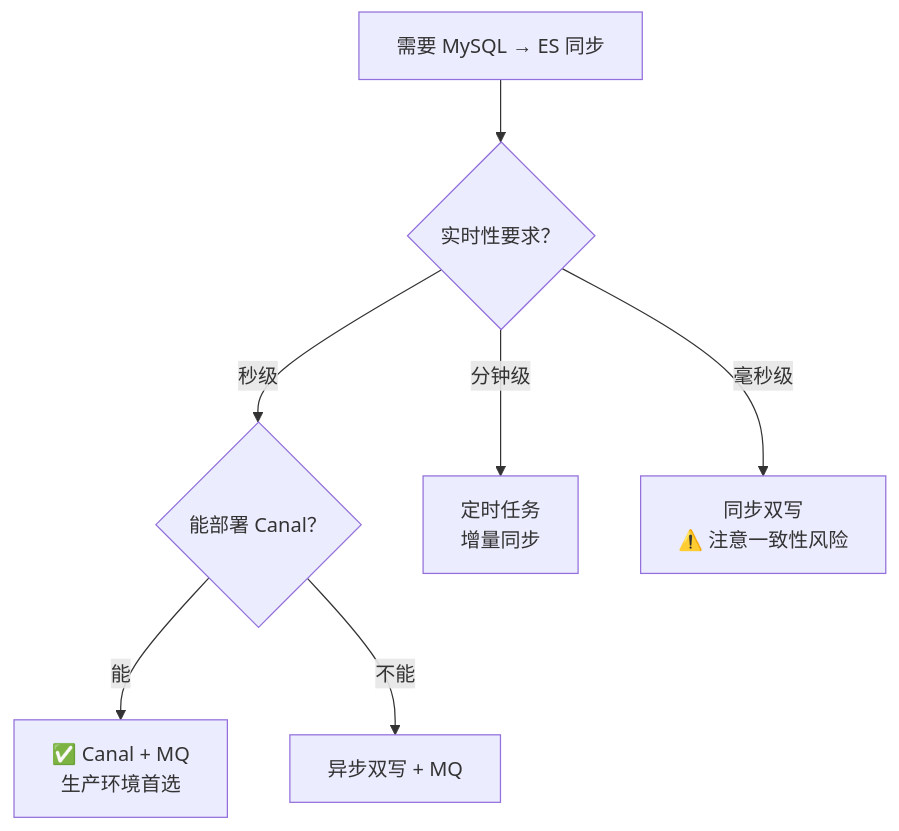
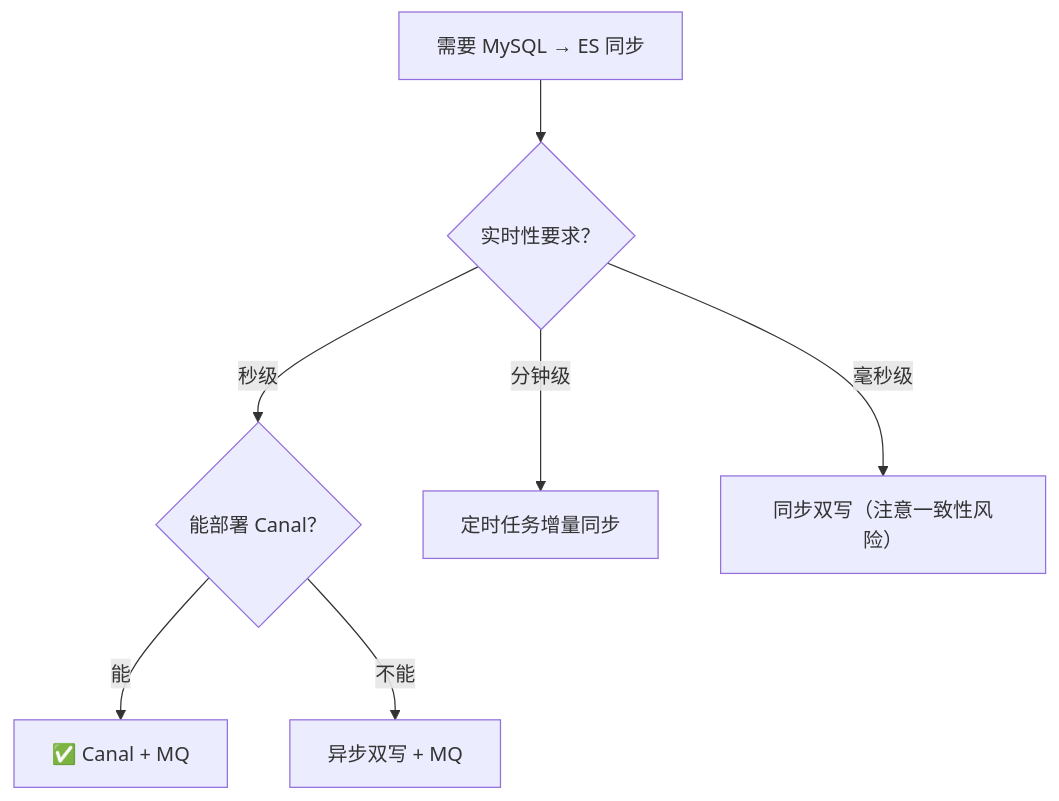
The fourth of 4 diagrams in docs/elasticsearch/05-distributed-internals/chapter-07-data-consistency.md (b1tzer/the-stack), drawn with Mermaid before and after one commit. The commit also changed other lines of this file and 467 other files, not shown here.

````diff
--- a/docs/elasticsearch/05-distributed-internals/chapter-07-data-consistency.md
+++ b/docs/elasticsearch/05-distributed-internals/chapter-07-data-consistency.md
@@ -259,9 +174,9 @@
 ```mermaid
 flowchart TD
     Start["需要 MySQL → ES 同步"] --> RT{"实时性要求？"}
     RT -->|"秒级"| Canal{"能部署 Canal？"}
-    Canal -->|"能"| CanalMQ["✅ Canal + MQ<br>生产环境首选"]
-    Canal -->|"不能"| AsyncMQ["异步双写 + MQ"]
-    RT -->|"分钟级"| Cron["定时任务<br>增量同步"]
-    RT -->|"毫秒级"| Sync["同步双写<br>⚠️ 注意一致性风险"]
+    Canal -->|"能"| A["✅ Canal + MQ"]
+    Canal -->|"不能"| B["异步双写 + MQ"]
+    RT -->|"分钟级"| C["定时任务增量同步"]
+    RT -->|"毫秒级"| D["同步双写（注意一致性风险）"]
 ```
````
